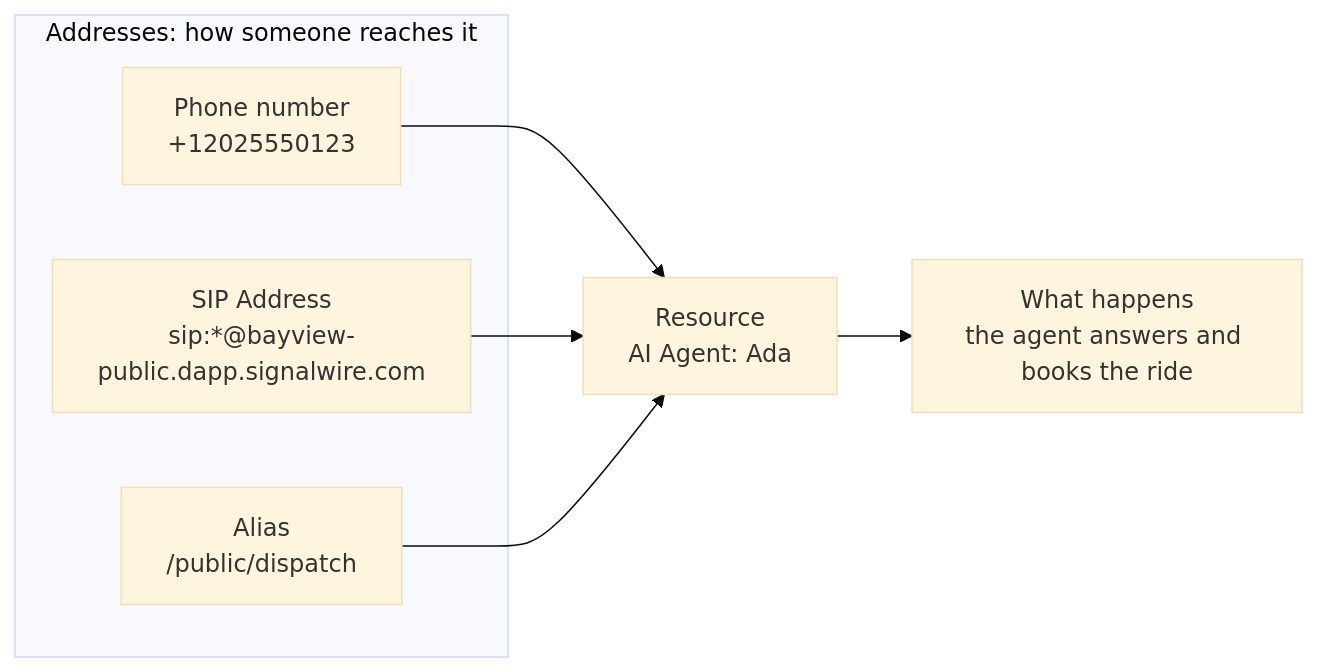
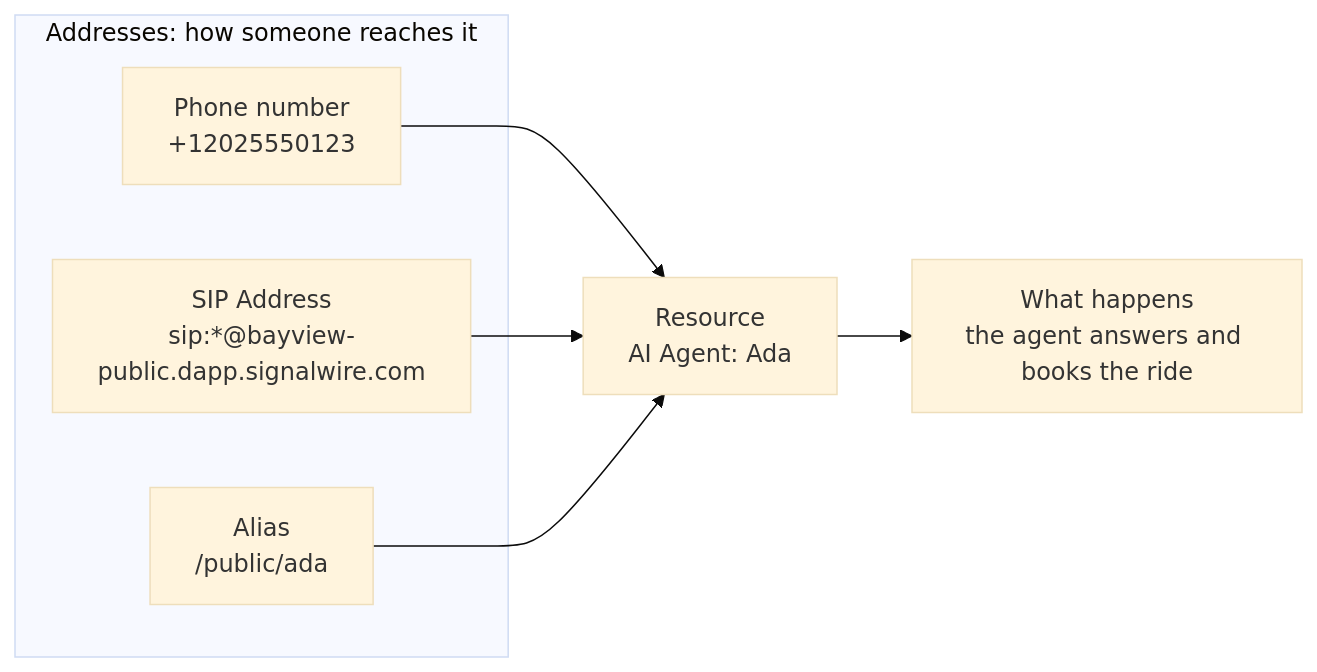
One commit to signalwire/docs changed the diagram in fern/products/platform/pages/platform/call-fabric/resources.mdx. Above: the diagram before and after it, drawn with Mermaid (base theme). The commit also changed other lines of this file and 2 other files, not shown here.

````diff
--- a/fern/products/platform/pages/platform/call-fabric/resources.mdx
+++ b/fern/products/platform/pages/platform/call-fabric/resources.mdx
@@ -41,14 +42,14 @@
 ```mermaid
 flowchart LR
     subgraph Addresses["Addresses: how someone reaches it"]
         phone["Phone number<br/>+12025550123"]
         sip["SIP Address<br/>sip:*@bayview-public.dapp.signalwire.com"]
-        alias["Alias<br/>/public/dispatch"]
+        alias["Alias<br/>/public/ada"]
     end
     resource["Resource<br/>AI Agent: Ada"]
     action["What happens<br/>the agent answers and books the ride"]
     phone --> resource
     sip --> resource
     alias --> resource
     resource --> action
 ```
````
